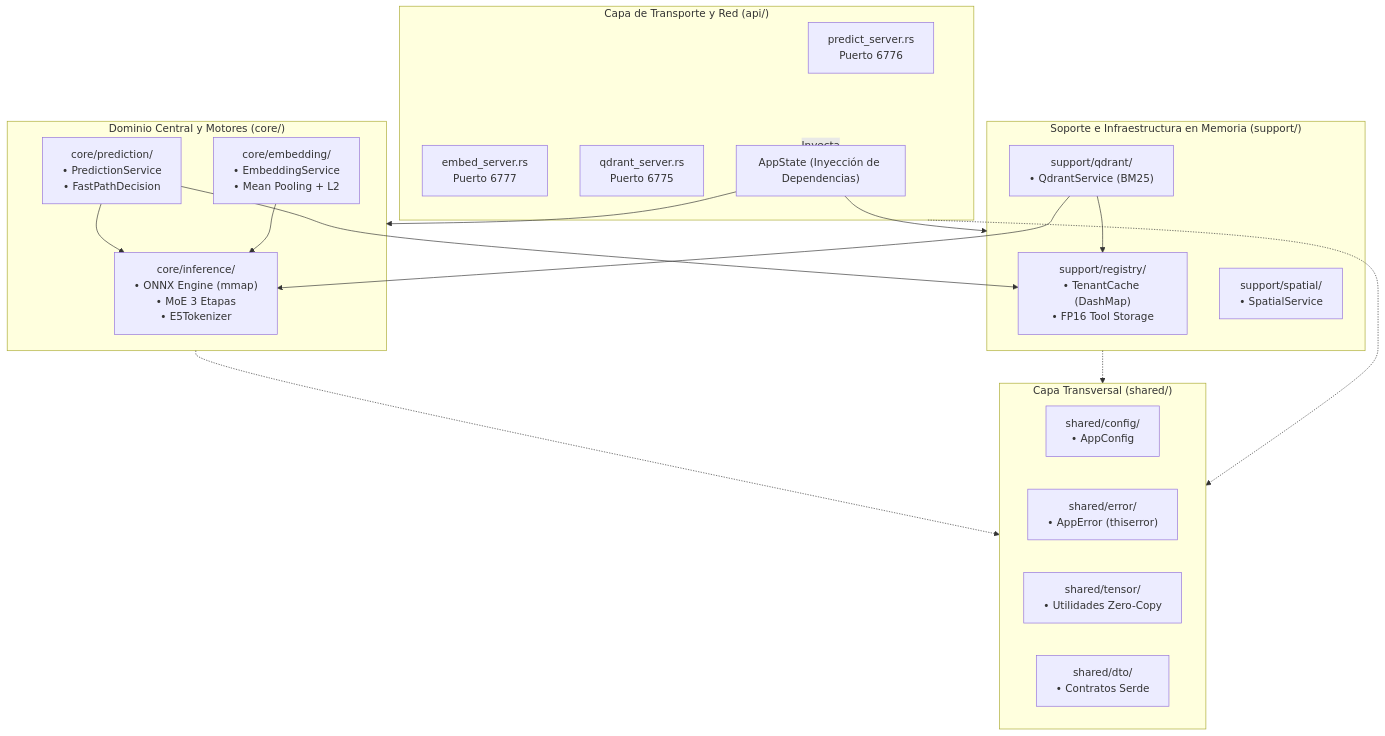
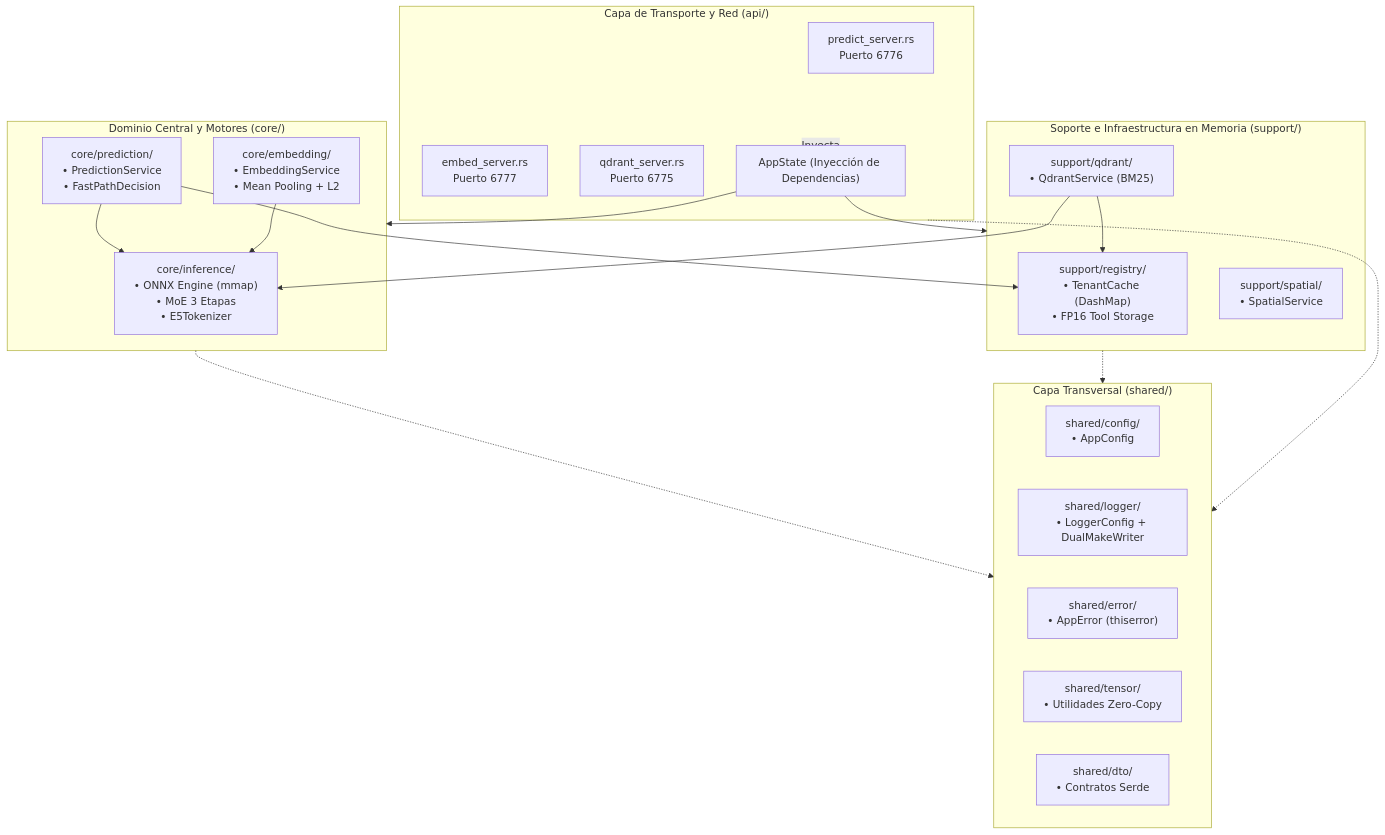
Before and after one commit to HectorC20/remtk-prediction: the diagram in migration/architecture/arquitectura_05_monolito_modular.md, drawn with Mermaid. The commit also changed other lines of this file and 51 other files, not shown here.

````diff
--- a/migration/architecture/arquitectura_05_monolito_modular.md
+++ b/migration/architecture/arquitectura_05_monolito_modular.md
@@ -9,40 +9,41 @@
 ```mermaid
 flowchart TD
     subgraph DeliveryLayer["Capa de Transporte y Red (api/)"]
         P76["predict_server.rs\nPuerto 6776"]
         P77["embed_server.rs\nPuerto 6777"]
         P75["qdrant_server.rs\nPuerto 6775"]
         State["AppState (Inyección de Dependencias)"]
     end
 
     subgraph CoreDomain["Dominio Central y Motores (core/)"]
         Inference["core/inference/\n• ONNX Engine (mmap)\n• MoE 3 Etapas\n• E5Tokenizer"]
         Prediction["core/prediction/\n• PredictionService\n• FastPathDecision"]
         Embedding["core/embedding/\n• EmbeddingService\n• Mean Pooling + L2"]
     end
 
     subgraph SupportDomain["Soporte e Infraestructura en Memoria (support/)"]
         Registry["support/registry/\n• TenantCache (DashMap)\n• FP16 Tool Storage"]
         Spatial["support/spatial/\n• SpatialService"]
         Qdrant["support/qdrant/\n• QdrantService (BM25)"]
     end
 
     subgraph SharedLayer["Capa Transversal (shared/)"]
         Config["shared/config/\n• AppConfig"]
+        Logger["shared/logger/\n• LoggerConfig + DualMakeWriter"]
         Error["shared/error/\n• AppError (thiserror)"]
         Tensor["shared/tensor/\n• Utilidades Zero-Copy"]
         DTO["shared/dto/\n• Contratos Serde"]
     end
 
     DeliveryLayer -->|Inyecta| State
     State --> CoreDomain
     State --> SupportDomain
     CoreDomain -.-> SharedLayer
     SupportDomain -.-> SharedLayer
     DeliveryLayer -.-> SharedLayer
     Prediction --> Inference
     Prediction --> Registry
     Embedding --> Inference
     Qdrant --> Registry
     Qdrant --> Inference
 ```
````
